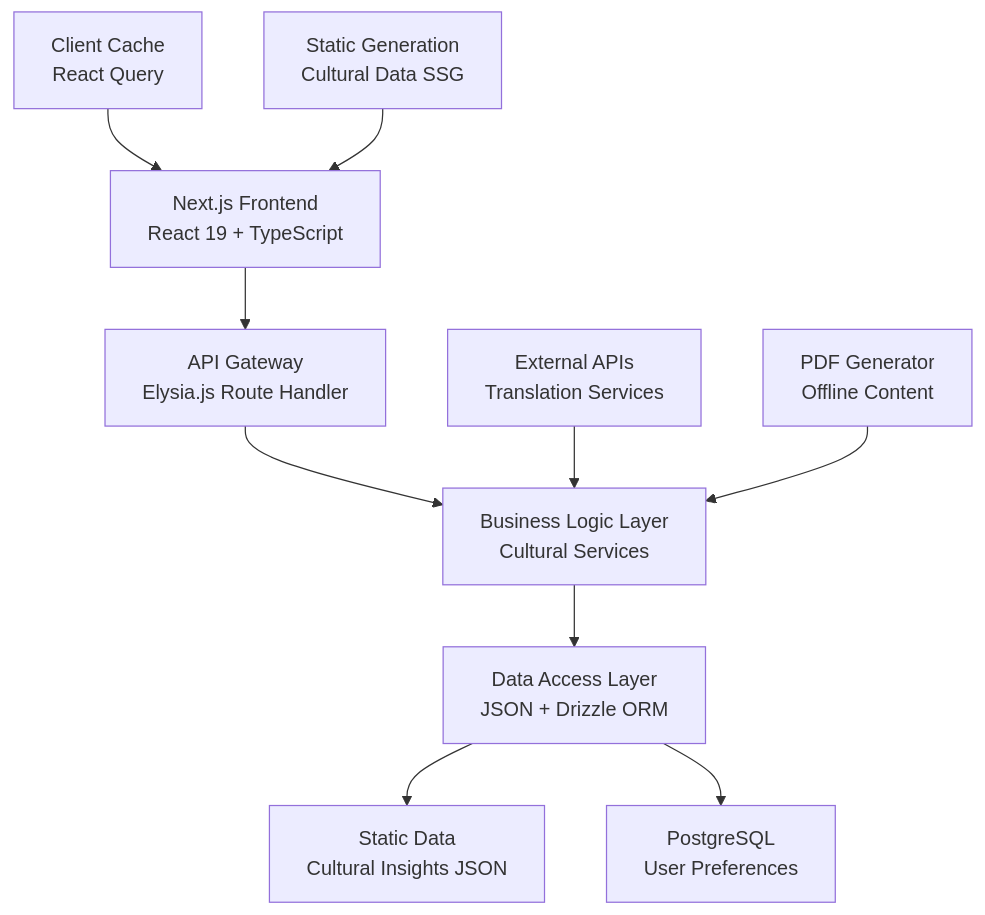
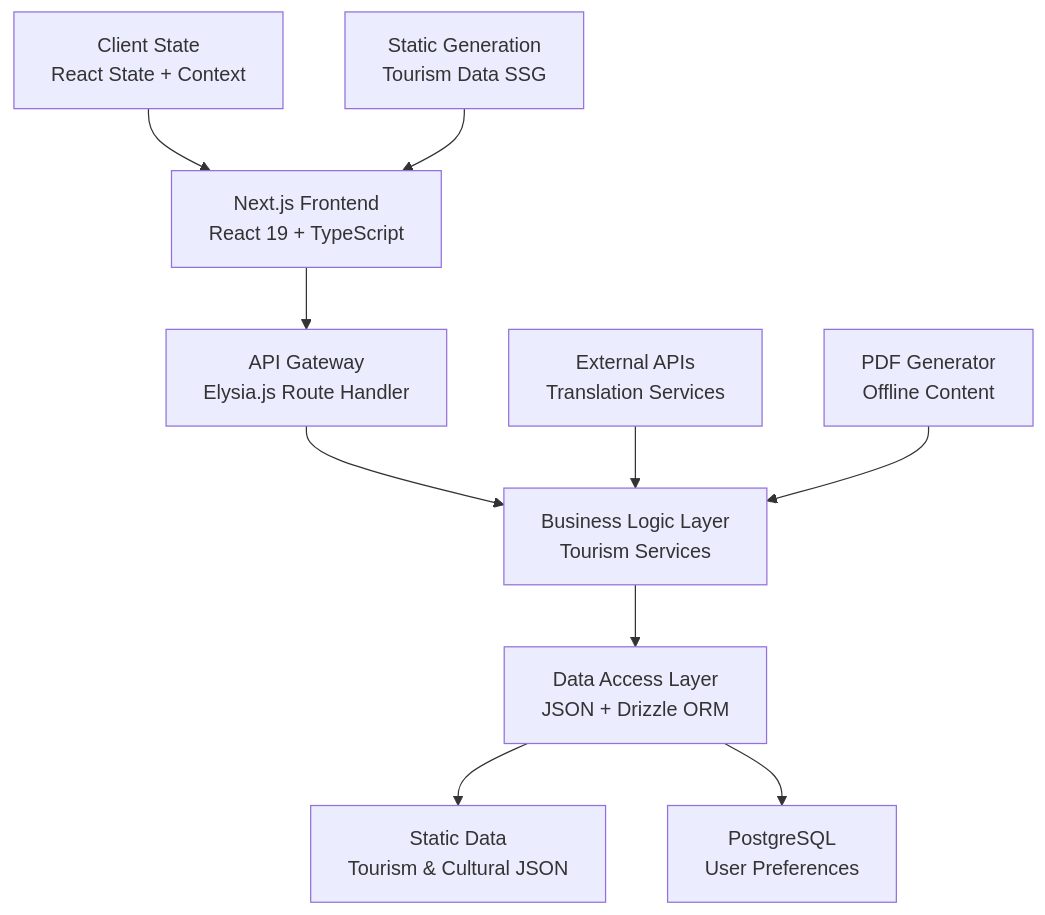
One commit to dino3616/nextjs-elysia-template changed the first of 5 diagrams in .kiro/specs/culture-sync/design.md. Above: the diagram before and after it, drawn with Mermaid. The commit also changed other lines of this file and 1 other file, not shown here.

````diff
--- a/.kiro/specs/culture-sync/design.md
+++ b/.kiro/specs/culture-sync/design.md
@@ -33,14 +33,14 @@
 ```mermaid
 graph TB
     A[Next.js Frontend<br/>React 19 + TypeScript] --> B[API Gateway<br/>Elysia.js Route Handler]
-    B --> C[Business Logic Layer<br/>Cultural Services]
+    B --> C[Business Logic Layer<br/>Tourism Services]
     C --> D[Data Access Layer<br/>JSON + Drizzle ORM]
-    D --> E[Static Data<br/>Cultural Insights JSON]
+    D --> E[Static Data<br/>Tourism & Cultural JSON]
     D --> F[PostgreSQL<br/>User Preferences]
     
     G[External APIs<br/>Translation Services] --> C
     H[PDF Generator<br/>Offline Content] --> C
     
-    I[Client Cache<br/>React Query] --> A
-    J[Static Generation<br/>Cultural Data SSG] --> A
+    I[Client State<br/>React State + Context] --> A
+    J[Static Generation<br/>Tourism Data SSG] --> A
 ```
````
